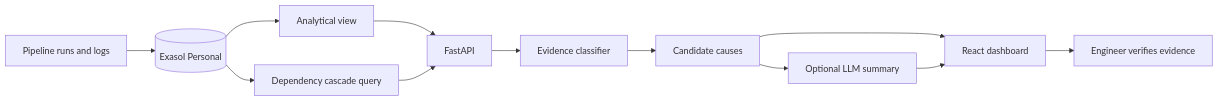
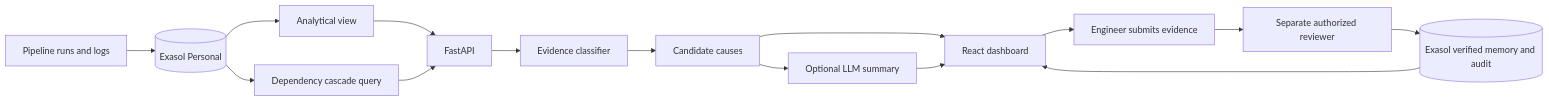
The diagram in README.md (Anafa-thabassum/opsintel-ai), drawn with Mermaid before and after one commit. The commit also changed other lines of this file and 40 other files, not shown here.

Commit message:
enhance incident intelligence with verified memory and Exasol analytics

````diff
--- a/README.md
+++ b/README.md
@@ -121,14 +134,17 @@
 ```mermaid
 flowchart LR
     A[Pipeline runs and logs] --> B[(Exasol Personal)]
     B --> C[Analytical view]
     B --> J[Dependency cascade query]
     C --> D[FastAPI]
     J --> D
     D --> E[Evidence classifier]
     E --> F[Candidate causes]
     F --> G[Optional LLM summary]
     F --> H[React dashboard]
     G --> H
-    H --> I[Engineer verifies evidence]
+    H --> I[Engineer submits evidence]
+    I --> K[Separate authorized reviewer]
+    K --> L[(Exasol verified memory and audit)]
+    L --> H
 ```
````
